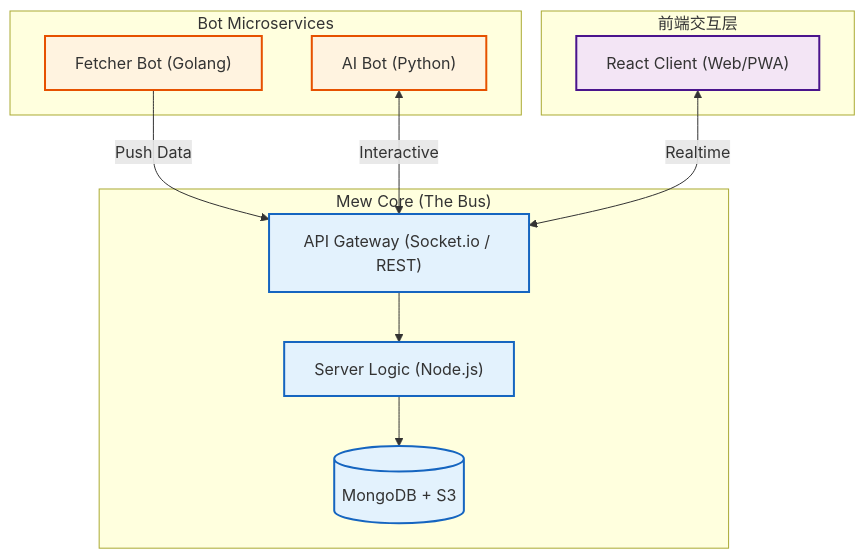
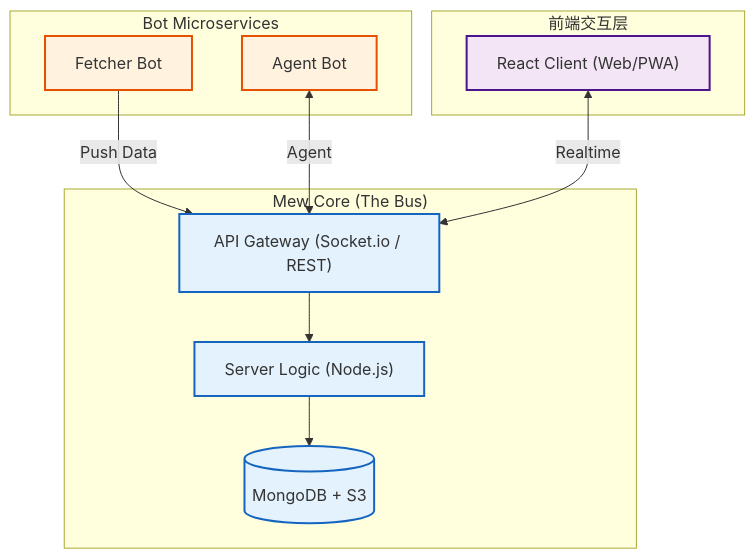
The diagram in website/docs/start/introduction.md (U1805/mew), drawn with Mermaid before and after one commit. The commit also changed other lines of this file and 113 other files, not shown here.

First line of the commit message:
:sparkles: Implement interactive test agent bot with authentication system (#8)

`````diff
--- a/website/docs/start/introduction.md
+++ b/website/docs/start/introduction.md
@@ -48,28 +48,28 @@
 ```mermaid
 graph TD
     %% Styling
     classDef core fill:#e3f2fd,stroke:#1565c0,stroke-width:2px
     classDef ext fill:#fff3e0,stroke:#e65100,stroke-width:2px
     classDef client fill:#f3e5f5,stroke:#4a148c,stroke-width:2px
 
     subgraph Client ["前端交互层"]
         UI["React Client (Web/PWA)"]:::client
     end
 
     subgraph Platform ["Mew Core (The Bus)"]
         Gateway["API Gateway (Socket.io / REST)"]:::core
         Server["Server Logic (Node.js)"]:::core
         DB[("MongoDB + S3")]:::core
     end
 
     subgraph Services ["Bot Microservices"]
-        GoBot["Fetcher Bot (Golang)"]:::ext
-        PyBot["AI Bot (Python)"]:::ext
+        FetcherBot["Fetcher Bot"]:::ext
+        AgentBot["Agent Bot"]:::ext
     end
 
     %% Flow
-    GoBot -->|Push Data| Gateway
-    PyBot <-->|Interactive| Gateway
+    FetcherBot -->|Push Data| Gateway
+    AgentBot <-->|Agent| Gateway
     UI <-->|Realtime| Gateway
     Gateway --> Server --> DB
 ````
`````
